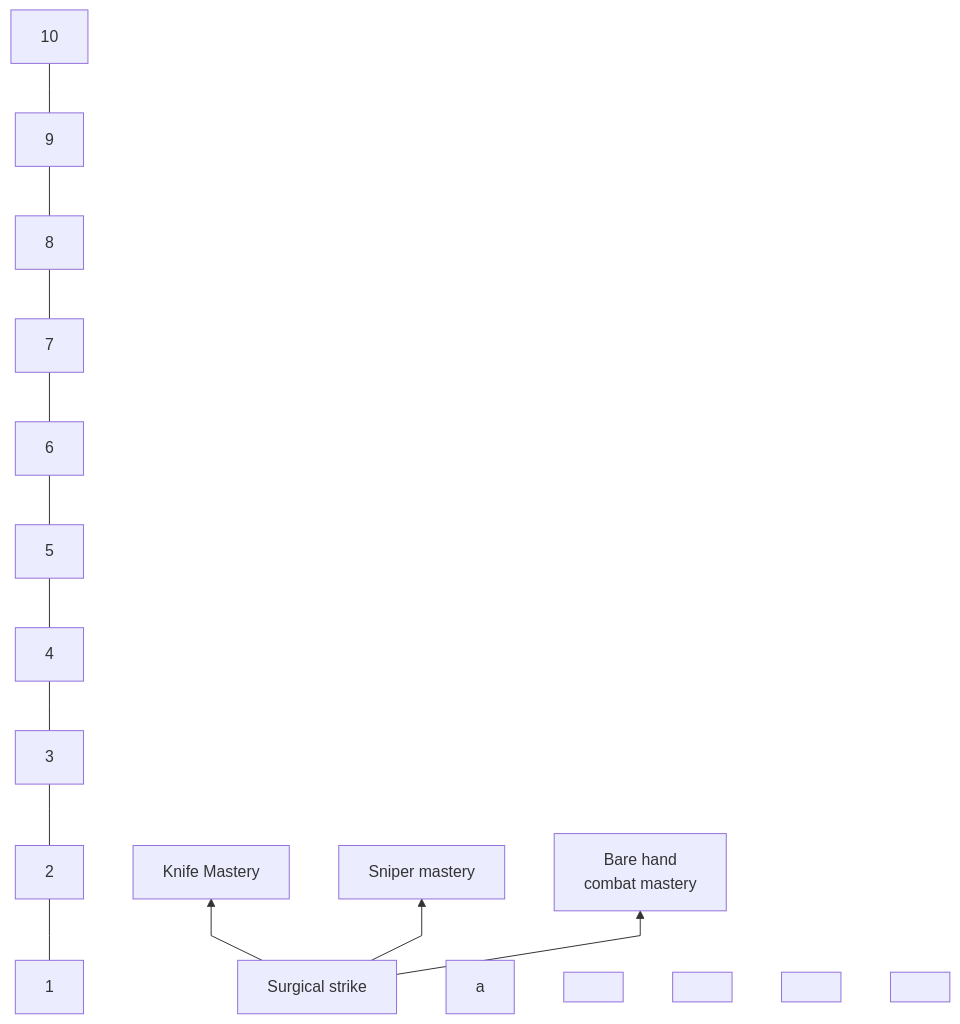
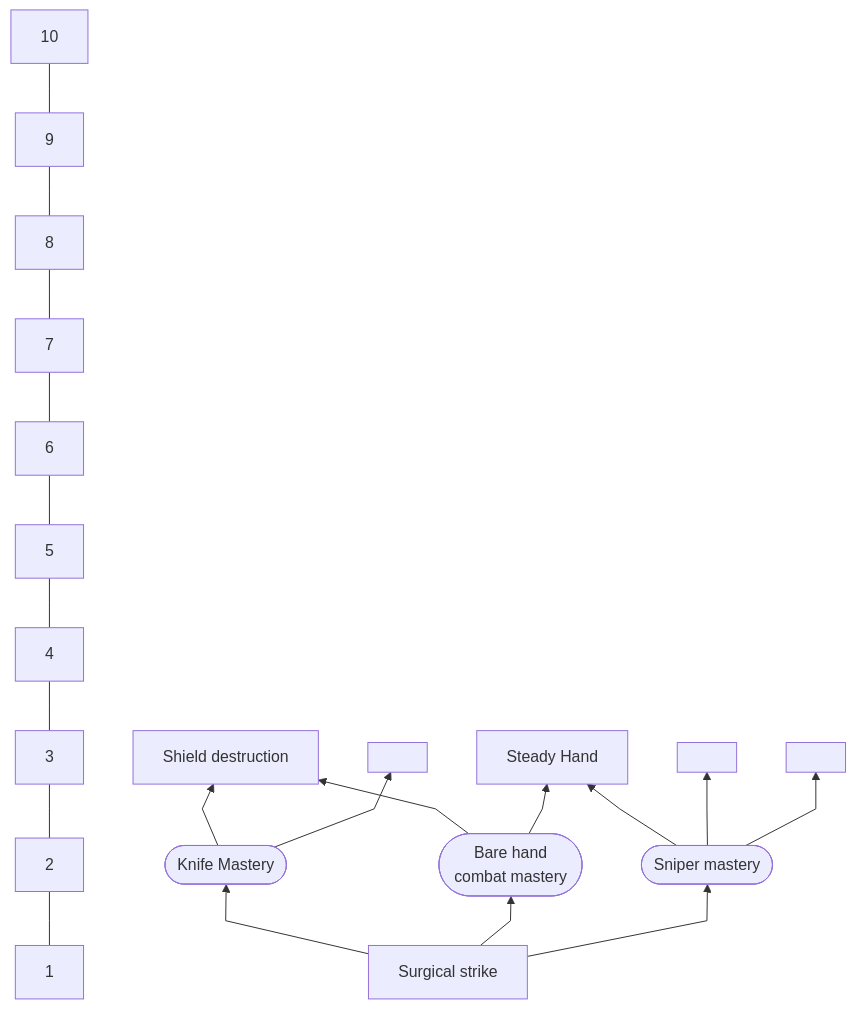
Before and after one commit to S1ss3l/Project-U: the diagram in Gameplay Manual/Class/Assassin.md, drawn with Mermaid.

Commit message:
2022-07-14 14:00:44 backup, 1 files changed
Affected files:
Gameplay Manual/Class/Assassin.md

````diff
--- a/Gameplay Manual/Class/Assassin.md
+++ b/Gameplay Manual/Class/Assassin.md
@@ -4,11 +4,11 @@
 ```mermaid
 %%{init:{"flowchart":{"curve":"linear"}}}%%
 graph BT;
 1---2---3---4---5---6---7---8---9---10
-us[Surgical strike]-->lvl1.1[Knife Mastery] & lvl1.2[Sniper mastery] & lvl1.3[Bare hand <br> combat mastery]
-lvl2.1[a]
-lvl2.2[ ]
-lvl2.3[ ]
-lvl2.4[ ]
-lvl2.5[ ] 
+us[Surgical strike]-->lvl1.1([Knife Mastery]) & lvl1.3([Bare hand <br> combat mastery]) & lvl1.2([Sniper mastery])
+lvl1.3 & lvl1.1 --> lvl2.1[Shield destruction]
+lvl1.3 & lvl1.2 --> lvl2.2[Steady Hand]
+lvl1.1 --> lvl2.3[ ]
+lvl1.2 --> lvl2.4[ ]
+lvl1.2 --> lvl2.5[ ] 
 ```
````
